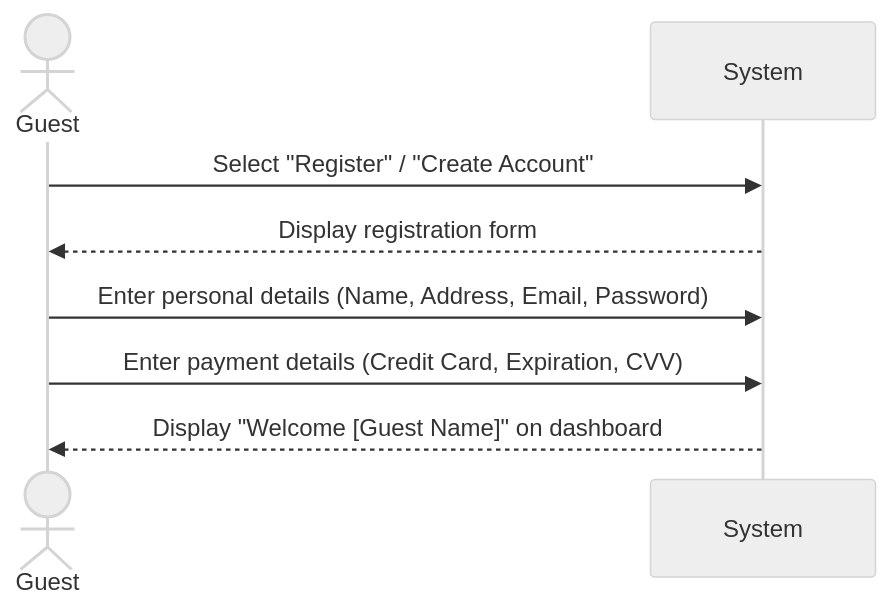
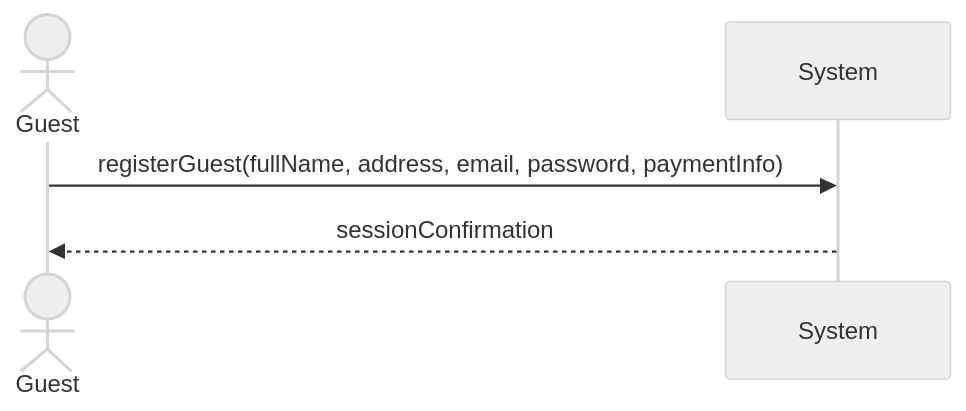
The diagram in Documentation/User-Cases/GuestRegistrationAuthentication.md (JaceYar/Software1-Proj), drawn with Mermaid (neutral theme) before and after one commit. The commit also changed 18 other files, not shown here.

````diff
--- a/Documentation/User-Cases/GuestRegistrationAuthentication.md
+++ b/Documentation/User-Cases/GuestRegistrationAuthentication.md
@@ -11,11 +11,8 @@
 ```mermaid
 sequenceDiagram
     actor Guest
     participant System
 
-    Guest->>System: Select "Register" / "Create Account"
-    System-->>Guest: Display registration form
-    Guest->>System: Enter personal details (Name, Address, Email, Password)
-    Guest->>System: Enter payment details (Credit Card, Expiration, CVV)
-    System-->>Guest: Display "Welcome [Guest Name]" on dashboard
+    Guest->>System: registerGuest(fullName, address, email, password, paymentInfo)
+    System-->>Guest: sessionConfirmation
 ```
````
